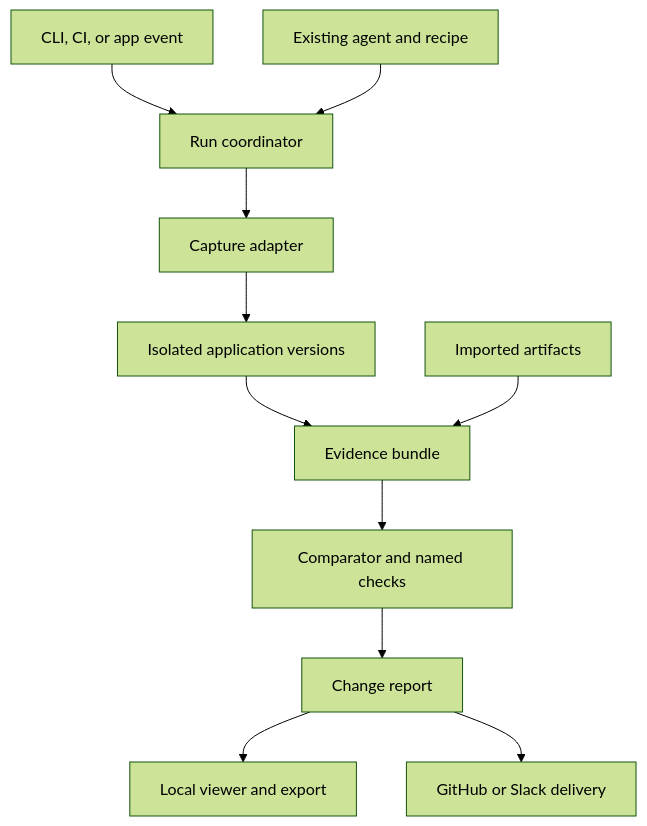
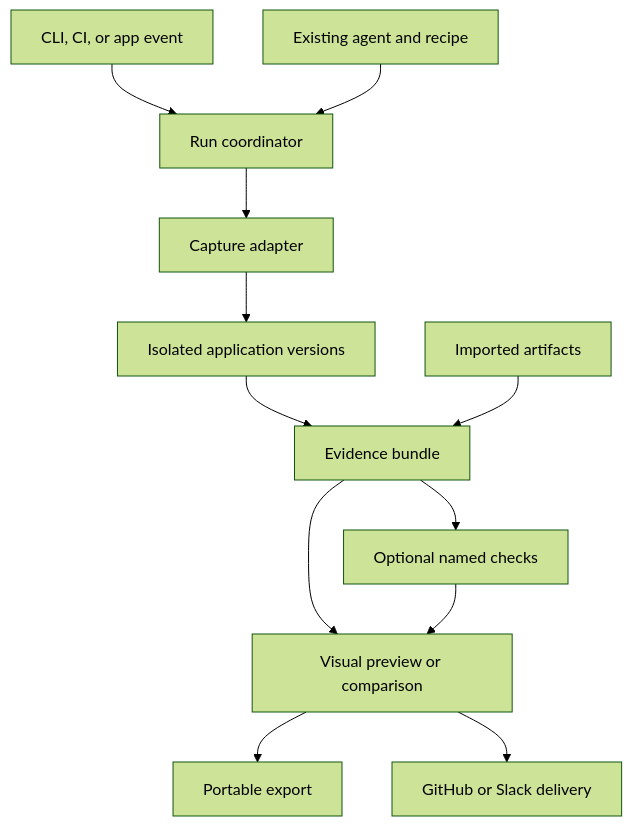
One commit to esau-morais/observed changed the first of 2 diagrams in docs/ARCHITECTURE.md. Above: the diagram before and after it, drawn with Mermaid (forest theme). The commit also changed other lines of this file and 74 other files, not shown here.

````diff
--- a/docs/ARCHITECTURE.md
+++ b/docs/ARCHITECTURE.md
@@ -9,13 +13,14 @@
 ```mermaid
 flowchart TD
     T["CLI, CI, or app event"] --> C["Run coordinator"]
     A["Existing agent and recipe"] --> C
     C --> P["Capture adapter"]
     P --> I["Isolated application versions"]
     I --> E["Evidence bundle"]
     X["Imported artifacts"] --> E
-    E --> K["Comparator and named checks"]
-    K --> R["Change report"]
-    R --> V["Local viewer and export"]
-    R --> D["GitHub or Slack delivery"]
+    E --> V["Visual preview or comparison"]
+    E --> K["Optional named checks"]
+    K --> V
+    V --> R["Portable export"]
+    V --> D["GitHub or Slack delivery"]
 ```
````
